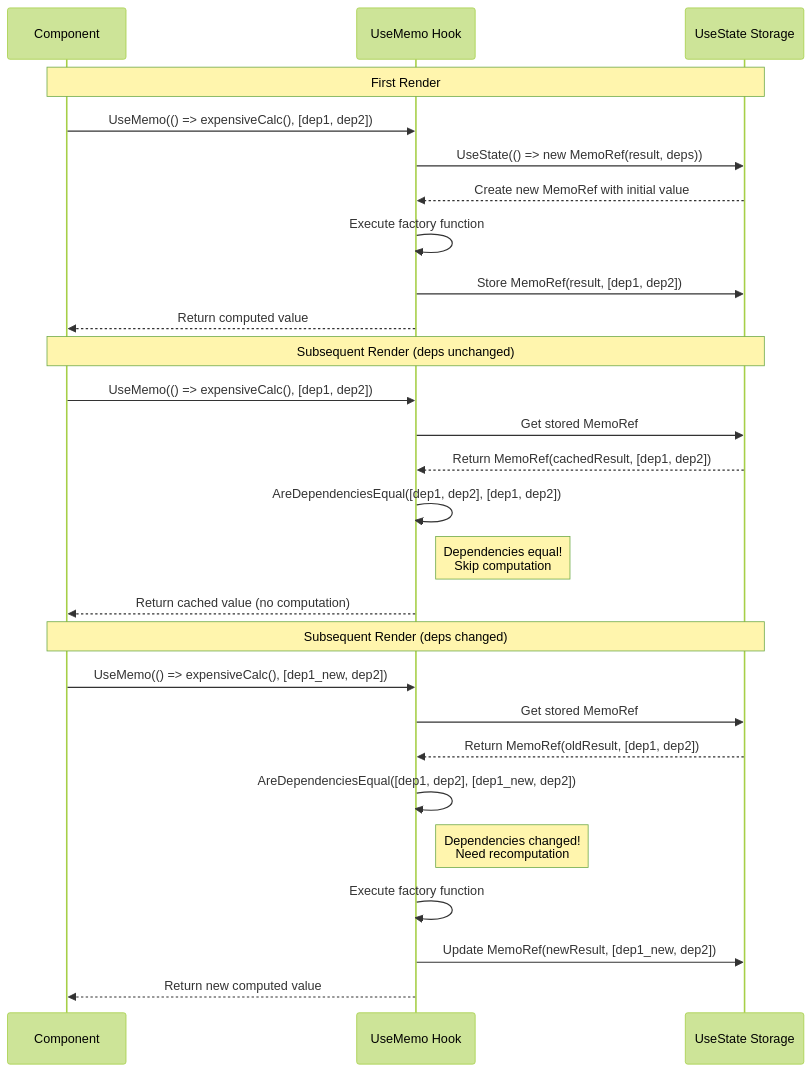
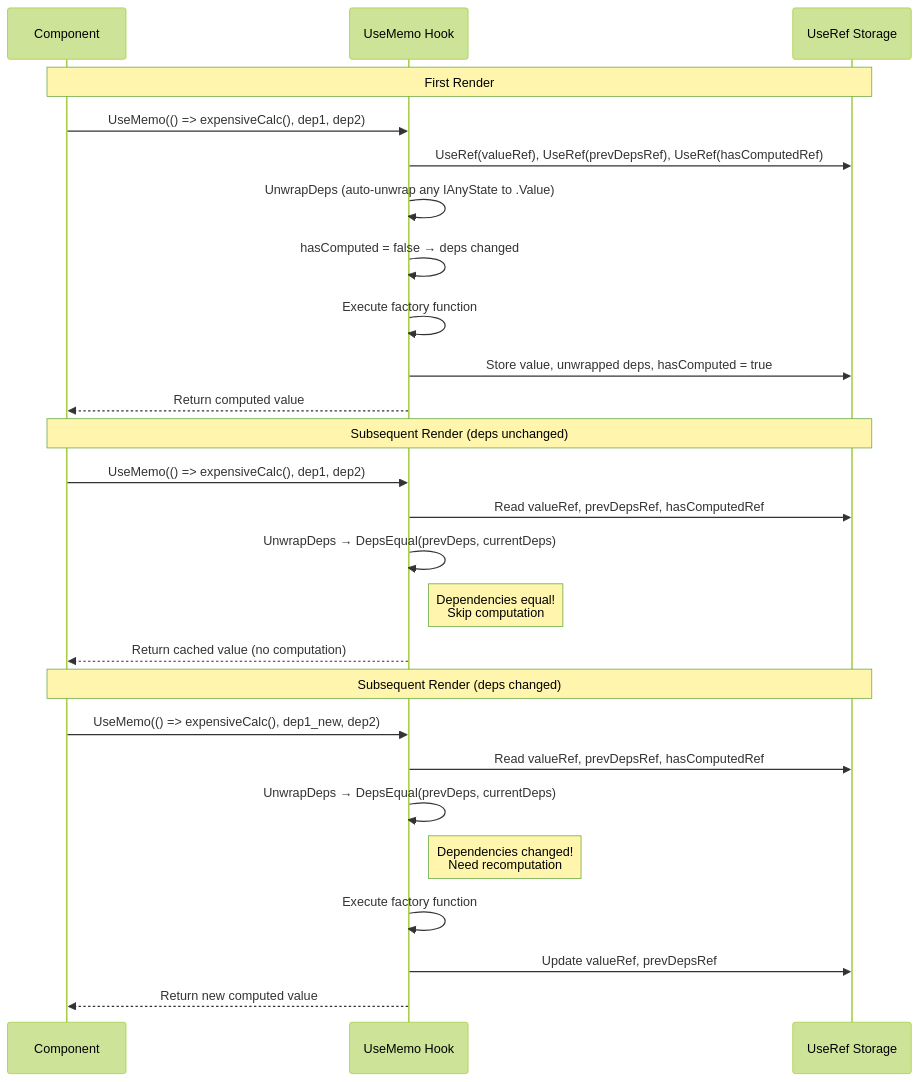
Before and after one commit to Klako/Ivy-Framework: the second of 4 diagrams in src/Ivy.Docs.Shared/Docs/03_Hooks/02_Core/05_UseMemo.md, drawn with Mermaid (forest theme). The commit also changed other lines of this file and 9 other files, not shown here.

Commit message:
Implement IAnyState.GetValueAsObject() on ConvertedState and MockState classes

````diff
--- a/src/Ivy.Docs.Shared/Docs/03_Hooks/02_Core/05_UseMemo.md
+++ b/src/Ivy.Docs.Shared/Docs/03_Hooks/02_Core/05_UseMemo.md
@@ -73,32 +90,31 @@
 ```mermaid
 sequenceDiagram
     participant C as Component
     participant M as UseMemo Hook
-    participant S as UseState Storage
-    
-    Note over C,S: First Render
-    C->>M: UseMemo(() => expensiveCalc(), [dep1, dep2])
-    M->>S: UseState(() => new MemoRef(result, deps))
-    S-->>M: Create new MemoRef with initial value
+    participant R as UseRef Storage
+
+    Note over C,R: First Render
+    C->>M: UseMemo(() => expensiveCalc(), dep1, dep2)
+    M->>R: UseRef(valueRef), UseRef(prevDepsRef), UseRef(hasComputedRef)
+    M->>M: UnwrapDeps (auto-unwrap any IAnyState to .Value)
+    M->>M: hasComputed = false → deps changed
     M->>M: Execute factory function
-    M->>S: Store MemoRef(result, [dep1, dep2])
+    M->>R: Store value, unwrapped deps, hasComputed = true
     M-->>C: Return computed value
-    
-    Note over C,S: Subsequent Render (deps unchanged)
-    C->>M: UseMemo(() => expensiveCalc(), [dep1, dep2])
-    M->>S: Get stored MemoRef
-    S-->>M: Return MemoRef(cachedResult, [dep1, dep2])
-    M->>M: AreDependenciesEqual([dep1, dep2], [dep1, dep2])
+
+    Note over C,R: Subsequent Render (deps unchanged)
+    C->>M: UseMemo(() => expensiveCalc(), dep1, dep2)
+    M->>R: Read valueRef, prevDepsRef, hasComputedRef
+    M->>M: UnwrapDeps → DepsEqual(prevDeps, currentDeps)
     Note right of M: Dependencies equal!<br/>Skip computation
     M-->>C: Return cached value (no computation)
-    
-    Note over C,S: Subsequent Render (deps changed)
-    C->>M: UseMemo(() => expensiveCalc(), [dep1_new, dep2])
-    M->>S: Get stored MemoRef
-    S-->>M: Return MemoRef(oldResult, [dep1, dep2])
-    M->>M: AreDependenciesEqual([dep1, dep2], [dep1_new, dep2])
+
+    Note over C,R: Subsequent Render (deps changed)
+    C->>M: UseMemo(() => expensiveCalc(), dep1_new, dep2)
+    M->>R: Read valueRef, prevDepsRef, hasComputedRef
+    M->>M: UnwrapDeps → DepsEqual(prevDeps, currentDeps)
     Note right of M: Dependencies changed!<br/>Need recomputation
     M->>M: Execute factory function
-    M->>S: Update MemoRef(newResult, [dep1_new, dep2])
+    M->>R: Update valueRef, prevDepsRef
     M-->>C: Return new computed value
 ```
````
